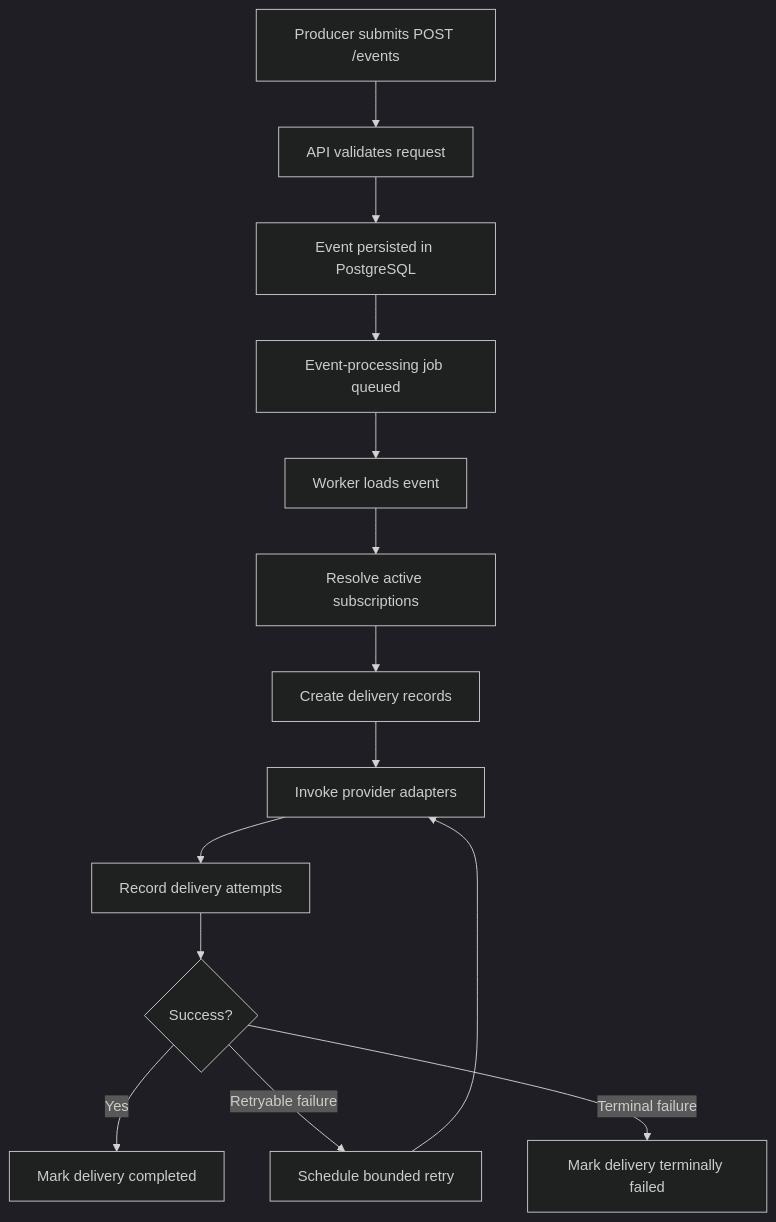
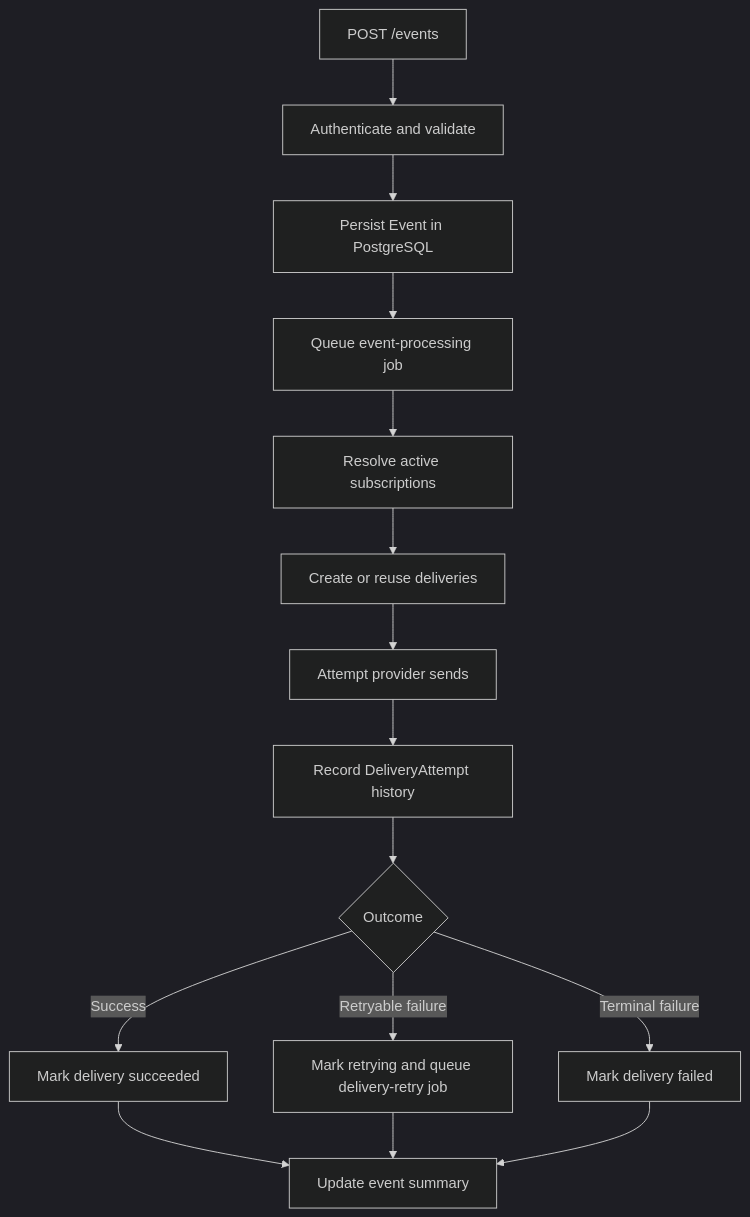
One commit to JesseDev454/event-driven-notification-platform changed the second of 2 diagrams in README.md. Above: the diagram before and after it, drawn with Mermaid (dark theme). The commit also changed other lines of this file and 7 other files, not shown here.

````diff
--- a/README.md
+++ b/README.md
@@ -81,16 +74,17 @@
 ```mermaid
 flowchart TD
-    A[Producer submits POST /events] --> B[API validates request]
-    B --> C[Event persisted in PostgreSQL]
-    C --> D[Event-processing job queued]
-    D --> E[Worker loads event]
-    E --> F[Resolve active subscriptions]
-    F --> G[Create delivery records]
-    G --> H[Invoke provider adapters]
-    H --> I[Record delivery attempts]
-    I --> J{Success?}
-    J -->|Yes| K[Mark delivery completed]
-    J -->|Retryable failure| L[Schedule bounded retry]
-    L --> H
-    J -->|Terminal failure| M[Mark delivery terminally failed]
+    A[POST /events] --> B[Authenticate and validate]
+    B --> C[Persist Event in PostgreSQL]
+    C --> D[Queue event-processing job]
+    D --> E[Resolve active subscriptions]
+    E --> F[Create or reuse deliveries]
+    F --> G[Attempt provider sends]
+    G --> H[Record DeliveryAttempt history]
+    H --> I{Outcome}
+    I -->|Success| J[Mark delivery succeeded]
+    I -->|Retryable failure| K[Mark retrying and queue delivery-retry job]
+    I -->|Terminal failure| L[Mark delivery failed]
+    J --> M[Update event summary]
+    K --> M
+    L --> M
 ```
````
